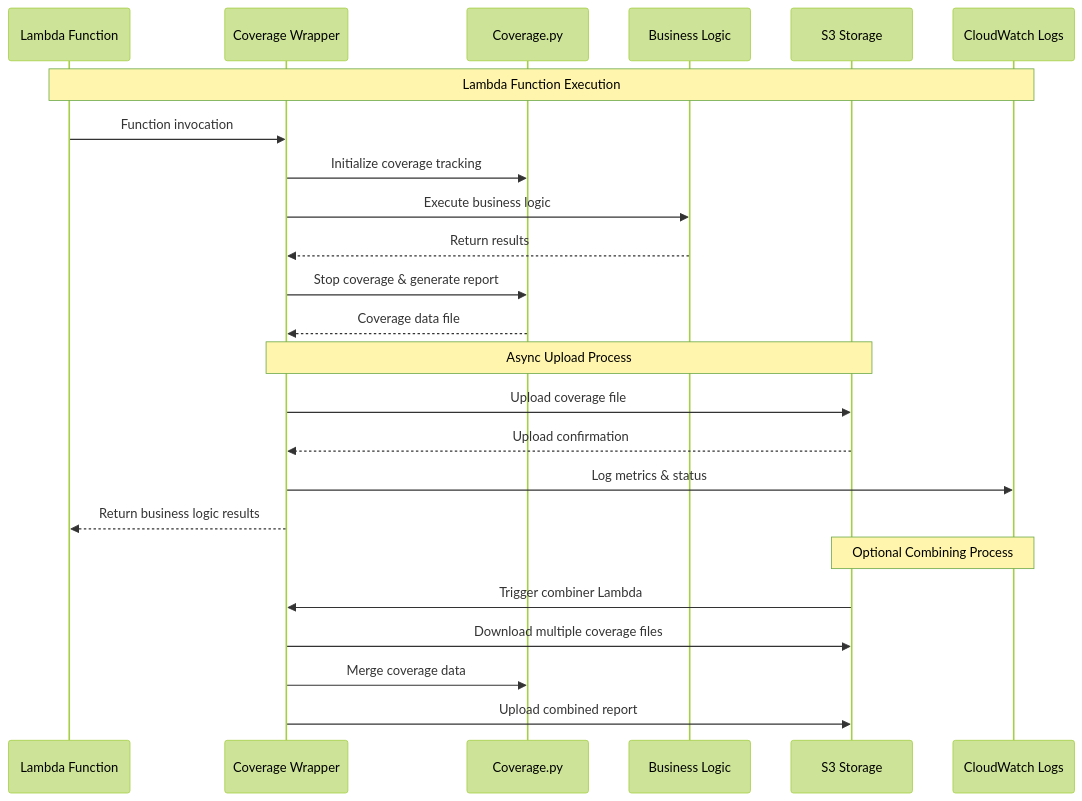
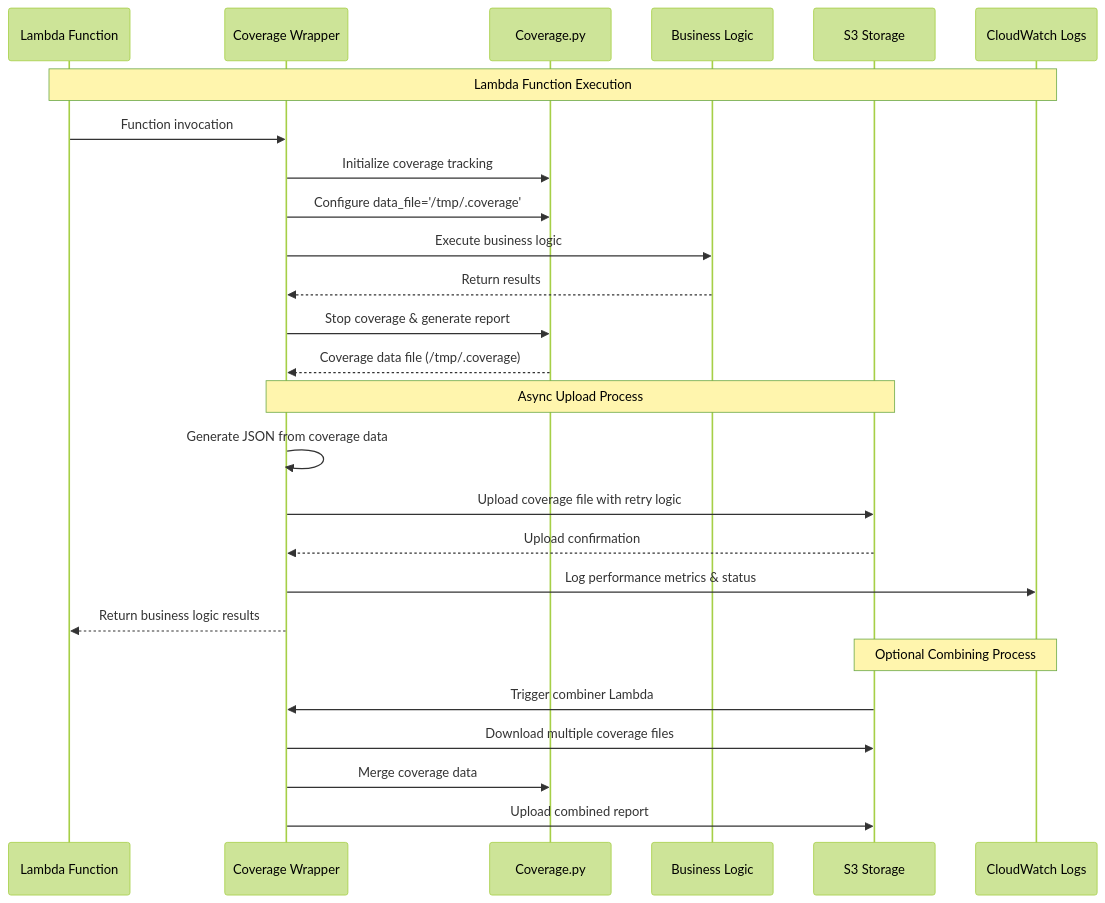
The second of 2 diagrams in README.md (kpx-dev/code-coverage-integration-testing), drawn with Mermaid (forest theme) before and after one commit. The commit also changed other lines of this file and 8 other files, not shown here.

````diff
--- a/README.md
+++ b/README.md
@@ -85,29 +69,31 @@
 ```mermaid
 sequenceDiagram
     participant LF as Lambda Function
     participant CW as Coverage Wrapper
     participant CP as Coverage.py
     participant BL as Business Logic
     participant S3 as S3 Storage
     participant CL as CloudWatch Logs
 
     Note over LF,CL: Lambda Function Execution
     LF->>CW: Function invocation
     CW->>CP: Initialize coverage tracking
+    CW->>CP: Configure data_file='/tmp/.coverage'
     CW->>BL: Execute business logic
     BL-->>CW: Return results
     CW->>CP: Stop coverage & generate report
-    CP-->>CW: Coverage data file
+    CP-->>CW: Coverage data file (/tmp/.coverage)
 
     Note over CW,S3: Async Upload Process
-    CW->>S3: Upload coverage file
+    CW->>CW: Generate JSON from coverage data
+    CW->>S3: Upload coverage file with retry logic
     S3-->>CW: Upload confirmation
-    CW->>CL: Log metrics & status
+    CW->>CL: Log performance metrics & status
     CW-->>LF: Return business logic results
 
     Note over S3,CL: Optional Combining Process
     S3->>CW: Trigger combiner Lambda
     CW->>S3: Download multiple coverage files
     CW->>CP: Merge coverage data
     CW->>S3: Upload combined report
 ```
````
